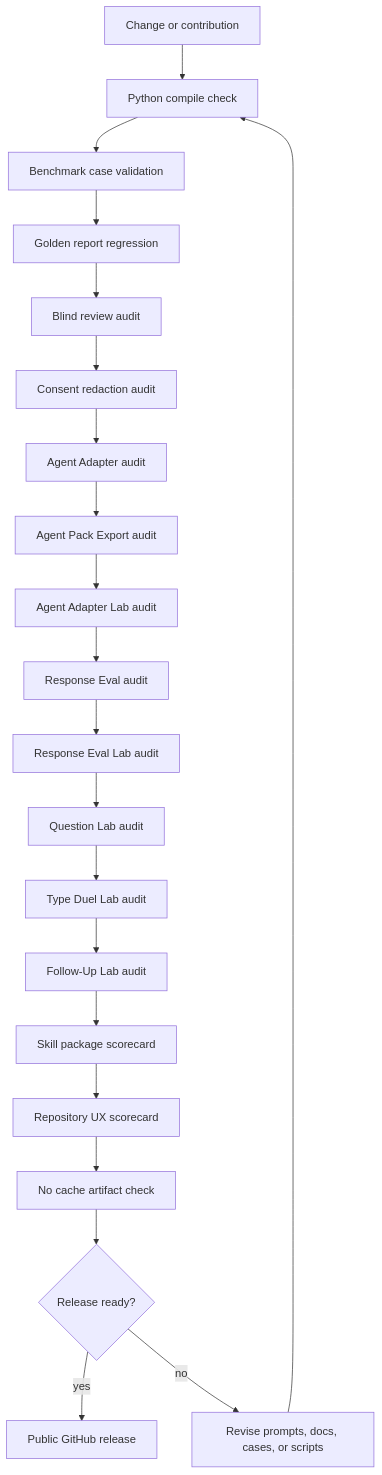
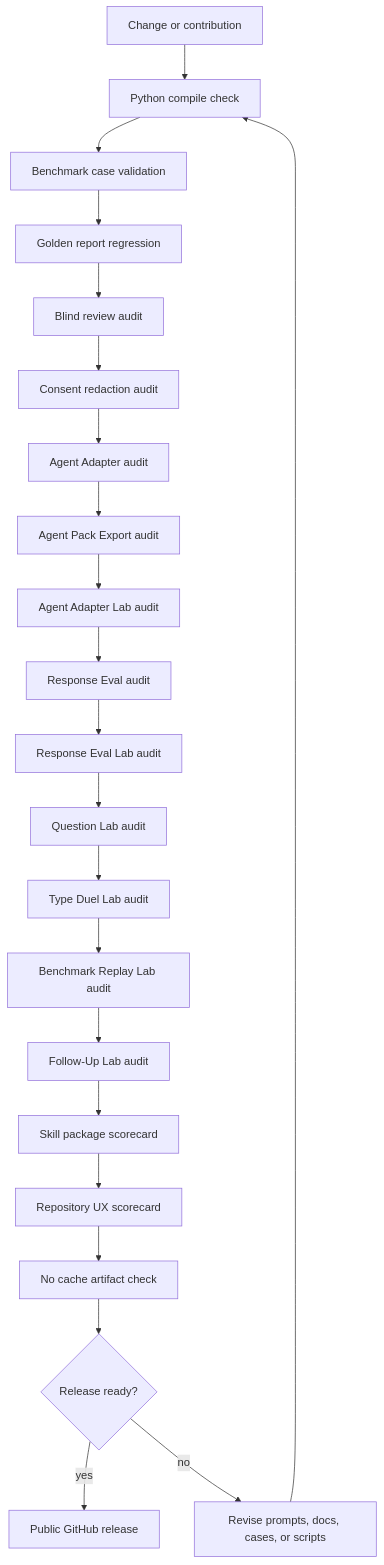
Before and after one commit to Zaoqu-Liu/mbti-typing-skill: the fourth of 5 diagrams in README.md, drawn with Mermaid. The commit also changed other lines of this file and 42 other files, not shown here.

Commit message:
Expand agent coverage and benchmark replay

````diff
--- a/README.md
+++ b/README.md
@@ -485,23 +498,24 @@
 ```mermaid
 flowchart TD
     PR[Change or contribution] --> Compile[Python compile check]
     Compile --> Cases[Benchmark case validation]
     Cases --> Golden[Golden report regression]
     Golden --> Blind[Blind review audit]
     Blind --> Consent[Consent redaction audit]
     Consent --> Adapter[Agent Adapter audit]
     Adapter --> Pack[Agent Pack Export audit]
     Pack --> AdapterLab[Agent Adapter Lab audit]
     AdapterLab --> Response[Response Eval audit]
     Response --> ResponseLab[Response Eval Lab audit]
     ResponseLab --> QuestionLab[Question Lab audit]
     QuestionLab --> TypeDuel[Type Duel Lab audit]
-    TypeDuel --> FollowUp[Follow-Up Lab audit]
+    TypeDuel --> Replay[Benchmark Replay Lab audit]
+    Replay --> FollowUp[Follow-Up Lab audit]
     FollowUp --> SkillScore[Skill package scorecard]
     SkillScore --> UXScore[Repository UX scorecard]
     UXScore --> Cache[No cache artifact check]
     Cache --> Release{Release ready?}
     Release -->|yes| Publish[Public GitHub release]
     Release -->|no| Fix[Revise prompts, docs, cases, or scripts]
     Fix --> Compile
 ```
````
